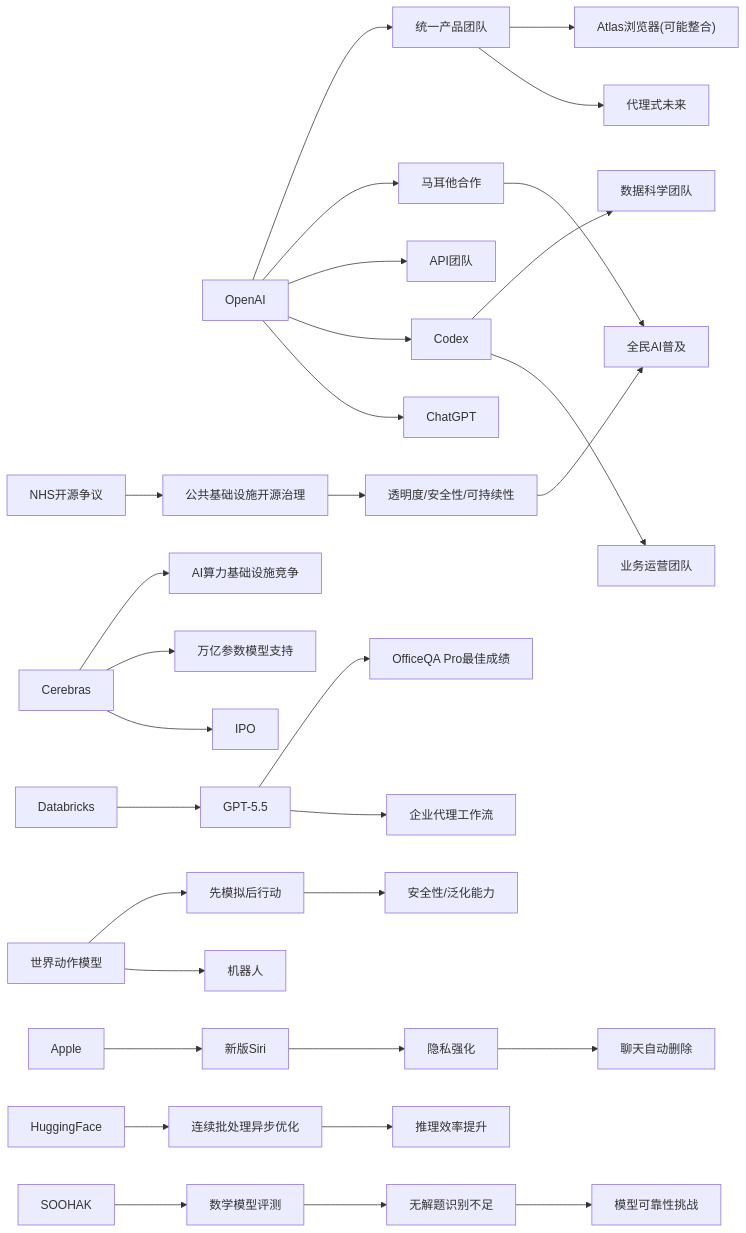
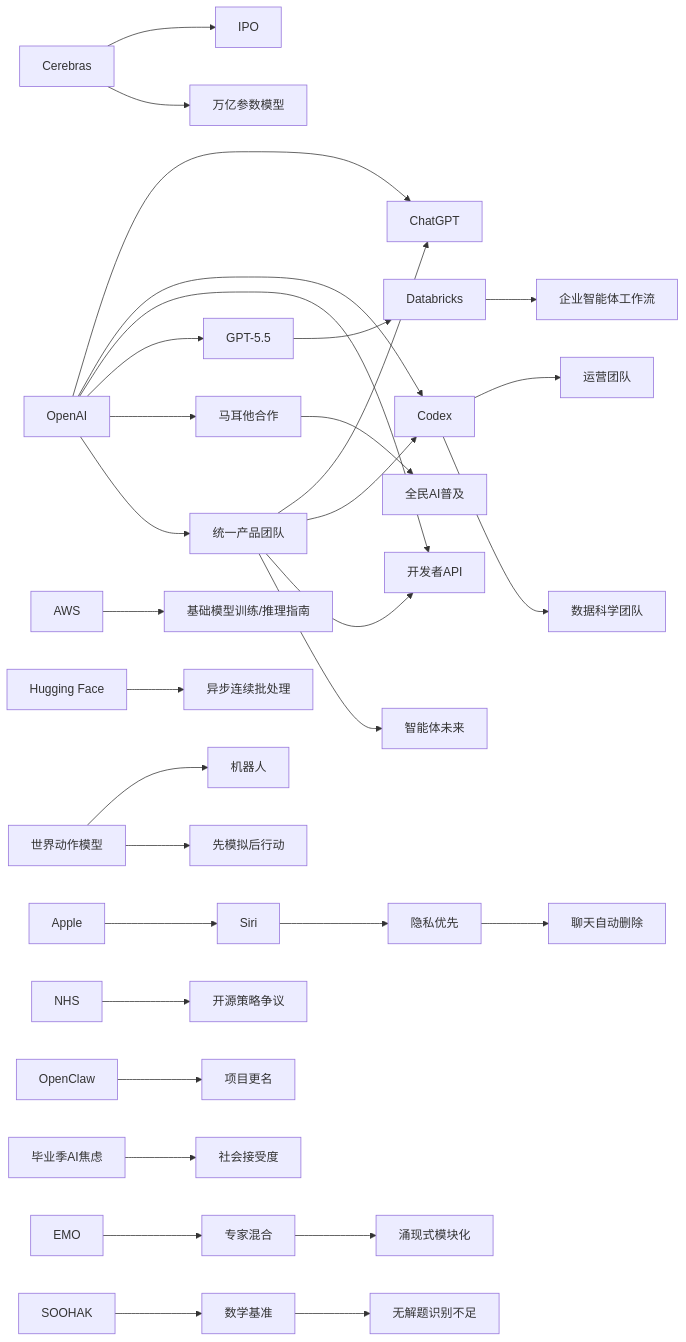
One commit to zhuxinfei/ai-daily-site changed the diagram in content/cn/2026/2026-05/2026-05-17.md. Above: the diagram before and after it, drawn with Mermaid. The commit also changed other lines of this file, not shown here.

````diff
--- a/content/cn/2026/2026-05/2026-05-17.md
+++ b/content/cn/2026/2026-05/2026-05-17.md
@@ -98,41 +110,41 @@
 ```mermaid
 graph LR
     OpenAI --> ChatGPT
     OpenAI --> Codex
-    OpenAI --> API团队
-    OpenAI --> Malta["马耳他合作"]
-    Codex --> BizOps["业务运营团队"]
-    Codex --> DataSci["数据科学团队"]
-    OpenAI --> ProductMerge["统一产品团队"]
-    ProductMerge --> AgenticFuture["代理式未来"]
-    ProductMerge --> Atlas["Atlas浏览器(可能整合)"]
+    OpenAI --> API[开发者API]
+    OpenAI --> GPT55[GPT-5.5]
+    OpenAI --> Malta[马耳他合作]
+    OpenAI --> ProductTeam[统一产品团队]
 
-    Databricks --> GPT55["GPT-5.5"]
-    GPT55 --> AgentWorkflow["企业代理工作流"]
-    GPT55 --> OfficeQA["OfficeQA Pro最佳成绩"]
+    ProductTeam --> ChatGPT
+    ProductTeam --> Codex
+    ProductTeam --> API
+    ProductTeam --> AgenticFuture[智能体未来]
 
-    Cerebras --> IPO["IPO"]
-    Cerebras --> Trillion["万亿参数模型支持"]
-    Cerebras --> InfraComp["AI算力基础设施竞争"]
+    Codex --> BizOps[运营团队]
+    Codex --> DataScience[数据科学团队]
+    GPT55 --> Databricks
+    Databricks --> EnterpriseAgents[企业智能体工作流]
 
-    Apple --> Siri["新版Siri"]
-    Siri --> Privacy["隐私强化"]
-    Privacy --> AutoDelete["聊天自动删除"]
+    Apple --> Siri
+    Siri --> Privacy[隐私优先]
+    Privacy --> AutoDelete[聊天自动删除]
 
-    WAM["世界动作模型"] --> Robots["机器人"]
-    WAM --> Simulation["先模拟后行动"]
-    Simulation --> Safety["安全性/泛化能力"]
+    Cerebras --> IPO
+    Cerebras --> Trillion[万亿参数模型]
+    AWS --> FMBlocks[基础模型训练/推理指南]
+    HF[Hugging Face] --> AsyncBatch[异步连续批处理]
 
-    SOOHAK --> MathAI["数学模型评测"]
-    MathAI --> NoSolution["无解题识别不足"]
-    NoSolution --> Reliability["模型可靠性挑战"]
+    WAM[世界动作模型] --> Robotics[机器人]
+    WAM --> Simulation[先模拟后行动]
+    EMO --> MoE[专家混合]
+    MoE --> Modularity[涌现式模块化]
 
-    HuggingFace --> AsyncBatch["连续批处理异步优化"]
-    AsyncBatch --> Inference["推理效率提升"]
+    SOOHAK --> MathBenchmark[数学基准]
+    MathBenchmark --> NoSolution[无解题识别不足]
 
-    NHS["NHS开源争议"] --> OpenSource["公共基础设施开源治理"]
-    OpenSource --> Trust["透明度/安全性/可持续性"]
-
-    Malta --> AIPopularization["全民AI普及"]
-    Trust --> AIPopularization
+    NHS --> OpenSource[开源策略争议]
+    OpenClaw --> Rename[项目更名]
+    Graduation[毕业季AI焦虑] --> SocialImpact[社会接受度]
+    Malta --> PublicAI[全民AI普及]
 ```
````
